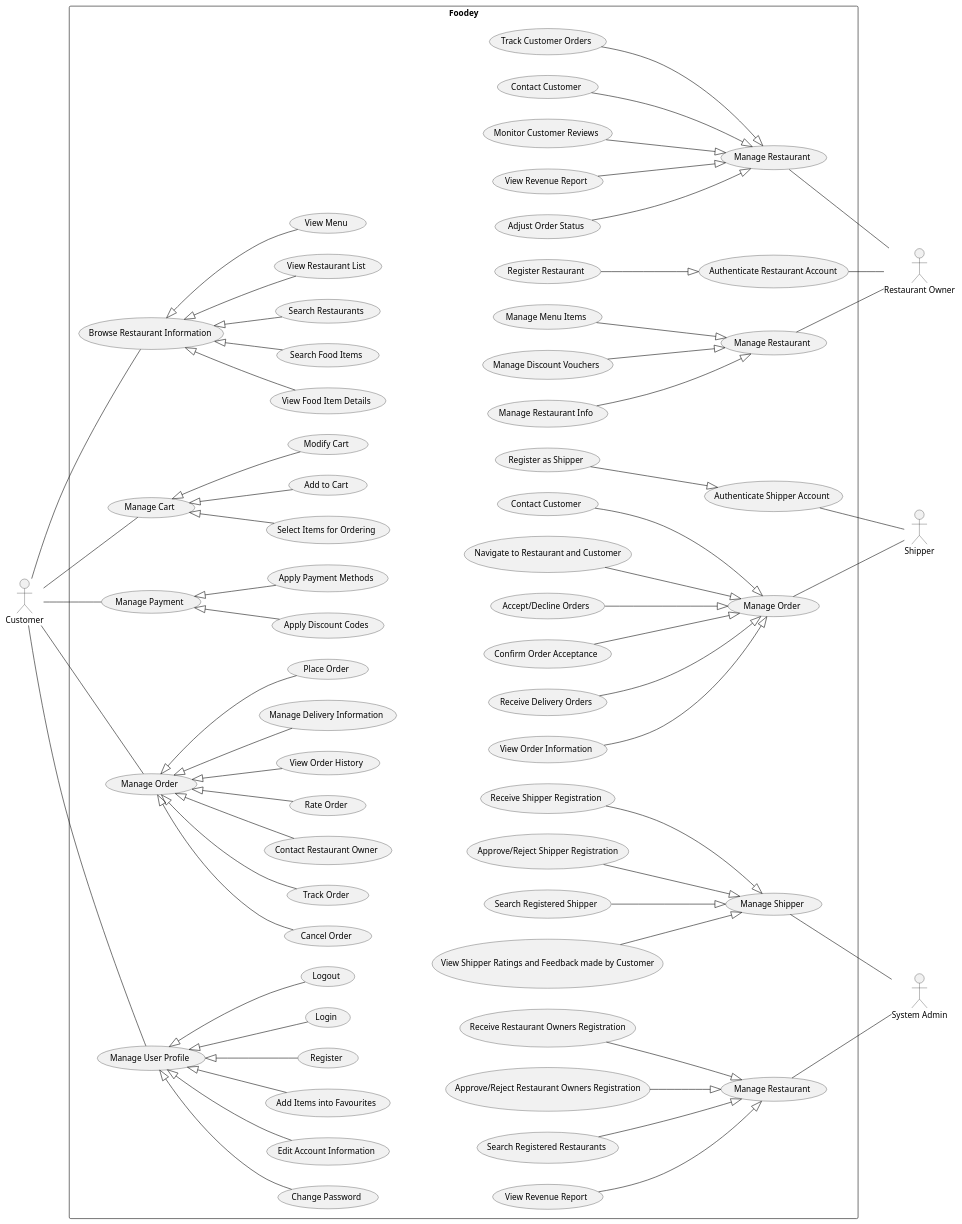
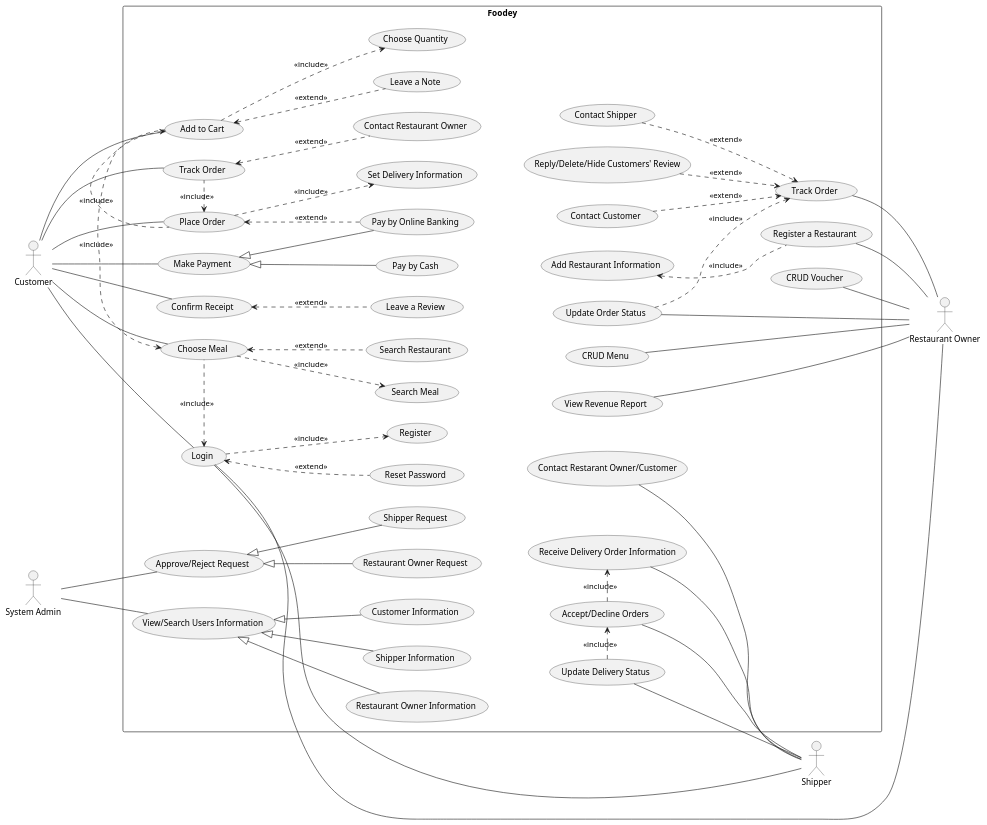
Before and after one commit to ledoantantri/SE357-Pratice-class: the diagram in Lab 1/Lab 1.2/usecase.wsd, drawn with PlantUML. The commit also changed 1 other file, not shown here.

Commit message:
Edit usecase diagram

```diff
--- a/Lab 1/Lab 1.2/usecase.wsd
+++ b/Lab 1/Lab 1.2/usecase.wsd
@@ -1,180 +1,140 @@
 @startuml Foodey_usecase
 
 left to right direction
 
 actor "Customer" as Cm
-actor "System Admin" as SA
 actor "Restaurant Owner" as RO
 actor "Shipper" as Shp
+actor "System Admin" as SA
 
-rectangle Foodey {
+rectangle Foodey{
     '================================Customer================================'
-    'UC_G01
-    usecase "Browse Restaurant Information" as UC_G01
-    usecase "View Restaurant List" as UC01
-    usecase "Search Restaurants" as UC02
-    usecase "View Menu" as UC03
-    usecase "Search Food Items" as UC04
-    usecase "View Food Item Details" as UC05
-    UC_G01 <|-- UC01
-    UC_G01 <|-- UC02
-    UC_G01 <|-- UC03
-    UC_G01 <|-- UC04
-    UC_G01 <|-- UC05
+    usecase "Login" as UC1
+    usecase "Choose Meal" as UC2
+    usecase "Add to Cart" as UC3
+    usecase "Place Order" as UC4 
+    usecase "Make Payment" as UC5 
+    usecase "Track Order" as UC6
 
-    'UC_G02
-    usecase "Manage Cart" as UC_G02
-    usecase "Add to Cart" as UC06
-    usecase "Modify Cart" as UC07
-    usecase "Select Items for Ordering" as UC08
-    UC_G02 <|-- UC06
-    UC_G02 <|-- UC07
-    UC_G02 <|-- UC08    
-    
-    'UC_G03
-    usecase "Manage Payment" as UC_G03
-    usecase "Apply Payment Methods" as UC10
-    usecase "Apply Discount Codes" as UC11
-    UC_G03 <|-- UC10
-    UC_G03 <|-- UC11
-    
-    'UC_G04
-    usecase "Manage Order" as UC_G04
-    usecase "Manage Delivery Information" as UC09
-    usecase "Place Order" as UC12
-    usecase "Cancel Order" as UC13
-    usecase "Track Order" as UC14
-    usecase "Contact Restaurant Owner" as UC15
-    usecase "Rate Order" as UC16
-    usecase "View Order History" as UC17
-    UC_G04 <|-- UC09
-    UC_G04 <|-- UC12
-    UC_G04 <|-- UC13
-    UC_G04 <|-- UC14
-    UC_G04 <|-- UC15
-    UC_G04 <|-- UC16
-    UC_G04 <|-- UC17
+    UC2 .l.> UC1: <<include>>
+    UC3 .l.> UC2: <<include>>
+    UC4 .l.> UC3: <<include>>
+    UC6 .l.> UC4: <<include>>
 
-    'UC_G06
-    usecase "Manage User Profile" as UC_G06
-    usecase "Edit Account Information" as UC18
-    usecase "Add Items into Favourites" as UC19
-    usecase "Register" as UC20
-    usecase "Login" as UC21
-    usecase "Logout" as UC22
-    usecase "Change Password" as UC23
-    UC_G06 <|-- UC18
-    UC_G06 <|-- UC19
-    UC_G06 <|-- UC20
-    UC_G06 <|-- UC21
-    UC_G06 <|-- UC22
-    UC_G06 <|-- UC23
+    usecase "Register" as UC7
+    usecase "Reset Password" as UC8
+    UC1 ..> UC7: <<include>>
+    UC1 <.. UC8: <<extend>>
+
+    usecase "Search Restaurant" as UC9
+    usecase "Search Meal" as UC10
+    UC2 <.. UC9: <<extend>>
+    UC2 ..> UC10: <<include>>
+
+    usecase "Choose Quantity" as UC11
+    usecase "Leave a Note" as UC12
+    UC3 ..> UC11: <<include>>
+    UC3 <.. UC12: <<extend>>
+
+    usecase "Set Delivery Information" as UC13
+    UC4 ..> UC13: <<include>>
+
+    usecase "Contact Restaurant Owner" as UC14
+    UC6 <.. UC14: <<extend>>
+
+    usecase "Pay by Cash" as UC15
+    usecase "Pay by Online Banking" as UC16
+    UC5 <|-- UC15
+    UC5 <|-- UC16
+    UC4 <.. UC16: <<extend>>
+
+    usecase "Confirm Receipt" as UC17
+    usecase "Leave a Review" as UC18
+    UC17 <.. UC18: <<extend>>
 
     '================================Restaurant Owner================================'
-    'UC_G07
-    usecase "Authenticate Restaurant Account" as UC_G07
-    usecase "Register Restaurant" as UC24
-    UC24 --|> UC_G07
+    usecase "Register a Restaurant" as UC19
+    usecase "Add Restaurant Information" as UC20
+    UC20 <.. UC19: <<include>>
 
-    'UC_G08
-    usecase "Manage Restaurant" as UC_G08
-    usecase "Manage Restaurant Info" as UC26
-    usecase "Manage Menu Items" as UC27
-    usecase "Manage Discount Vouchers" as UC28
-    UC26 --|> UC_G08
-    UC27 --|> UC_G08
-    UC28 --|> UC_G08
+    usecase "CRUD Menu" as UC21
 
-    'UC_G09
-    usecase "Manage Restaurant" as UC_G09
-    usecase "Adjust Order Status" as UC30
-    usecase "Track Customer Orders" as UC31
-    usecase "Contact Customer" as UC32
-    usecase "Monitor Customer Reviews" as UC33
-    usecase "View Revenue Report" as UC34
-    UC30 --|> UC_G09
-    UC31 --|> UC_G09
-    UC32 --|> UC_G09
-    UC33 --|> UC_G09
-    UC34 --|> UC_G09
+    usecase "CRUD Voucher" as UC22
+
+    usecase "Track Order" as UC23
+    usecase "Update Order Status" as UC24
+    usecase "Contact Customer" as UC25
+    usecase "Contact Shipper" as UC26
+    usecase "Reply/Delete/Hide Customers' Review" as UC27
+    UC24 ..> UC23: <<include>>
+    UC25 ..> UC23: <<extend>>
+    UC26 ..> UC23: <<extend>>
+    UC27 ..> UC23: <<extend>>
+
+    usecase "View Revenue Report" as UC28
 
     '================================Shipper================================'
-    'UC_G10
-    usecase "Authenticate Shipper Account" as UC_G10
-    usecase "Register as Shipper" as UC36
-    UC36 --|> UC_G10
-
-    'UC_G11
-    usecase "Manage Order" as UC_G11
-    usecase "Receive Delivery Orders" as UC37
-    usecase "Accept/Decline Orders" as UC38
-    usecase "Confirm Order Acceptance" as UC39
-    usecase "View Order Information" as UC40
-    usecase "Contact Customer" as UC41
-    usecase "Navigate to Restaurant and Customer" as UC42
-    UC37 --|> UC_G11
-    UC38 --|> UC_G11
-    UC39 --|> UC_G11
-    UC40 --|> UC_G11
-    UC41 --|> UC_G11
-    UC42 --|> UC_G11
+    usecase "Receive Delivery Order Information" as UC29
+    usecase "Accept/Decline Orders" as UC30
+    usecase "Update Delivery Status" as UC31
+    usecase "Contact Restarant Owner/Customer" as UC32
+    UC30 .r.> UC29: <<include>>
+    UC31 .r.> UC30: <<include>>
 
     '================================System Admin================================'
-    'UC_G12
-    usecase "Manage Restaurant" as UC_G12
-    usecase "Receive Restaurant Owners Registration" as UC43
-    usecase "Approve/Reject Restaurant Owners Registration" as UC44
-    usecase "Search Registered Restaurants" as UC45
-    usecase "View Revenue Report" as UC46
-    UC43 --|> UC_G12
-    UC44 --|> UC_G12
-    UC45 --|> UC_G12
-    UC46 --|> UC_G12
+    usecase "View/Search Users Information" as UC33
+    usecase "Customer Information" as UC34
+    usecase "Restaurant Owner Information" as UC35
+    usecase "Shipper Information" as UC36
+    UC33 <|-- UC34
+    UC33 <|-- UC35
+    UC33 <|-- UC36
 
-    'UC_G13
-    usecase "Manage Shipper" as UC_G13
-    usecase "Receive Shipper Registration" as UC47
-    usecase "Approve/Reject Shipper Registration" as UC48
-    usecase "Search Registered Shipper" as UC49
-    usecase "View Shipper Ratings and Feedback made by Customer" as UC50
-    UC47 --|> UC_G13
-    UC48 --|> UC_G13
-    UC49 --|> UC_G13
-    UC50 --|> UC_G13
-}   
-
+    usecase "Approve/Reject Request" as UC37
+    usecase "Restaurant Owner Request" as UC38
+    usecase "Shipper Request" as UC39
+    UC37 <|-- UC38
+    UC37 <|-- UC39
+}
 '===== Cm usecases ====='
-Cm -- UC_G01
-Cm -- UC_G02
-Cm -- UC_G03
-Cm -- UC_G04
-Cm -- UC_G06
+Cm -- UC1
+Cm -- UC2
+Cm -- UC3
+Cm -- UC4
+Cm -- UC5
+Cm -- UC6
+Cm -- UC17
 
 '===== RO usecases ====='
-UC_G07 -- RO
-UC_G08 -- RO
-UC_G09 -- RO
+UC1 -- RO
+UC19 -- RO
+UC21 -- RO
+UC22 -- RO
+UC23 -- RO
+UC24 -- RO
+UC28 -- RO
 
 '===== Shp usecases ====='
-UC_G10 -- Shp
-UC_G11 -- Shp
+UC1 -- Shp
+UC29 -- Shp
+UC30 - Shp
+UC31 -- Shp
+UC32 -- Shp
 
 '===== SA usecases ====='
-UC_G12 -- SA
-UC_G13 -- SA
+SA -- UC33
+SA -- UC37
 
-'===== Hidden link to customize the layout ======'
-/'RO'/
-UC24 -[hidden]u- UC01
-UC26 -[hidden]u- UC02
-UC30 -[hidden]u- UC03
+'Hidden link to customize the layout
+UC15 -[hidden]- UC20
+UC15 -[hidden]- UC21
+UC21 -[hidden]- UC22
+UC15 -[hidden]- UC25
+UC15 -[hidden]- UC28
 
-/'Shp'/
-UC36 -[hidden]u- UC04
-UC37 -[hidden]u- UC05
-
-/'SA'/
-UC43 -[hidden]u- UC06
-UC47 -[hidden]u- UC07
+UC15 -[hidden]- UC29
+UC15 -[hidden]- UC30
+UC15 -[hidden]- UC31
+UC15 -[hidden]- UC32
 
 @enduml
```
